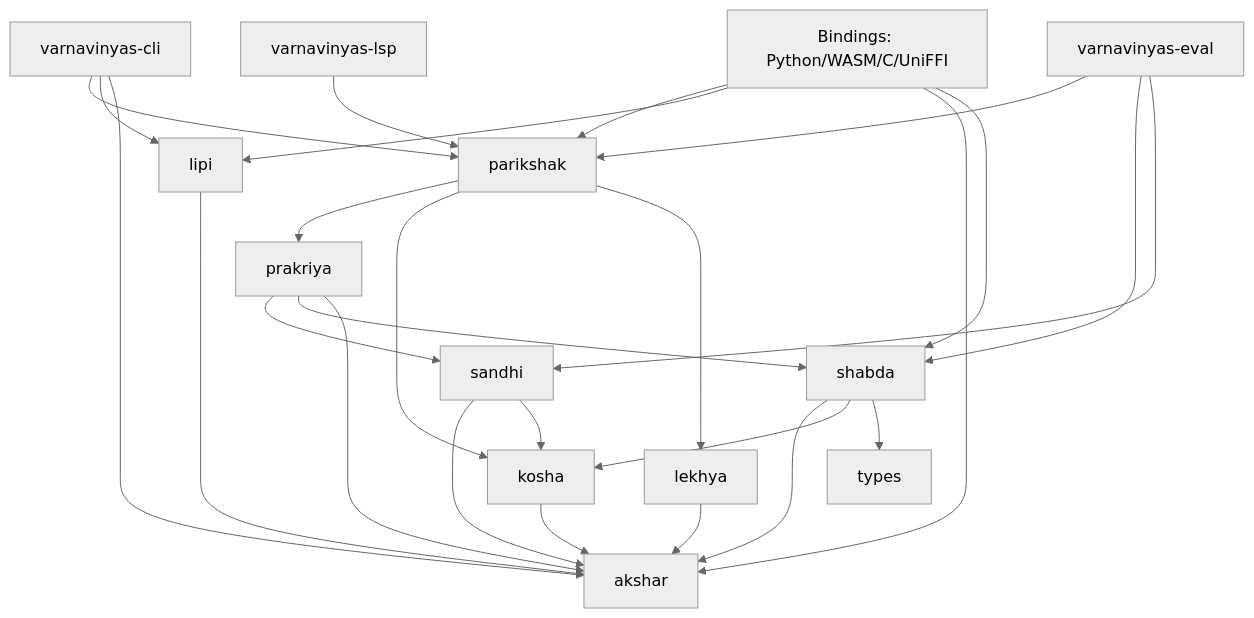
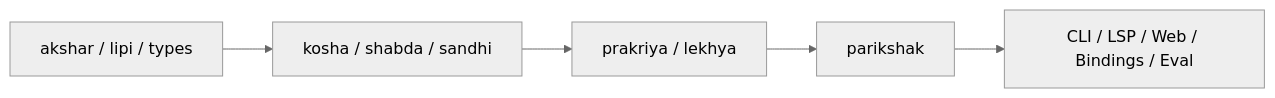
Before and after one commit to nepalibhasha/varnavinyas: the first of 2 diagrams in docs/ARCHITECTURE.md, drawn with Mermaid (neutral theme). The commit also changed other lines of this file and 14 other files, not shown here.

Commit message:
docs: improve architecture docs and examples

````diff
--- a/docs/ARCHITECTURE.md
+++ b/docs/ARCHITECTURE.md
@@ -28,38 +23,10 @@
 ```mermaid
-graph TD
-    %% Tools & Interfaces
-    cli[varnavinyas-cli] --> parikshak
-    cli --> lipi
-    cli --> akshar
-    
-    lsp[varnavinyas-lsp] --> parikshak
-    
-    eval[varnavinyas-eval] --> parikshak
-    eval --> shabda
-    eval --> sandhi
-    
-    bindings[Bindings: Python/WASM/C/UniFFI] --> parikshak
-    bindings --> lipi
-    bindings --> akshar
-    bindings --> shabda
+flowchart LR
+    A[akshar / lipi / types]
+    B[kosha / shabda / sandhi]
+    C[prakriya / lekhya]
+    D[parikshak]
+    E[CLI / LSP / Web / Bindings / Eval]
 
-    %% Core Pipeline
-    parikshak[parikshak] --> prakriya
-    parikshak --> kosha
-    parikshak --> lekhya
-    
-    prakriya --> sandhi
-    prakriya --> shabda
-    prakriya --> akshar
-    
-    kosha --> akshar
-    lekhya --> akshar
-    lipi --> akshar
-    
-    sandhi --> akshar
-    sandhi --> kosha
-    
-    shabda --> akshar
-    shabda --> kosha
-    shabda --> types
+    A --> B --> C --> D --> E
 ```
````
